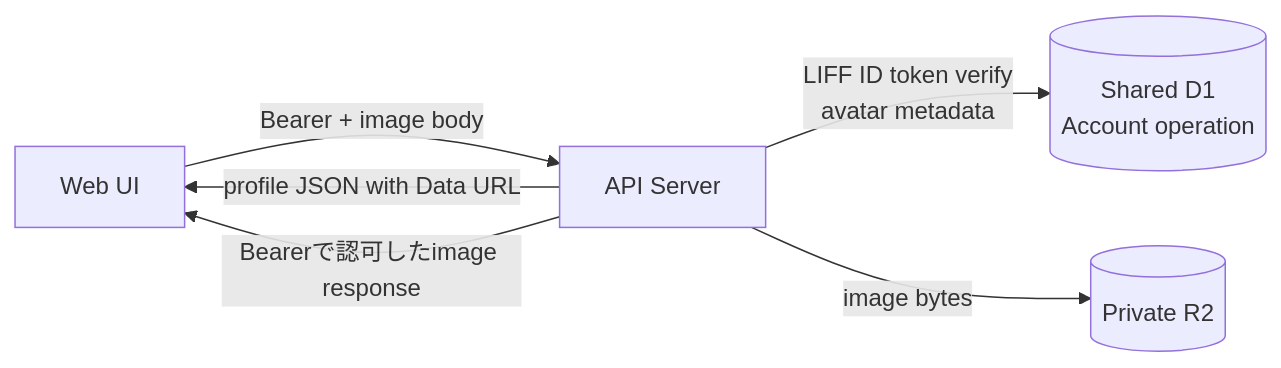
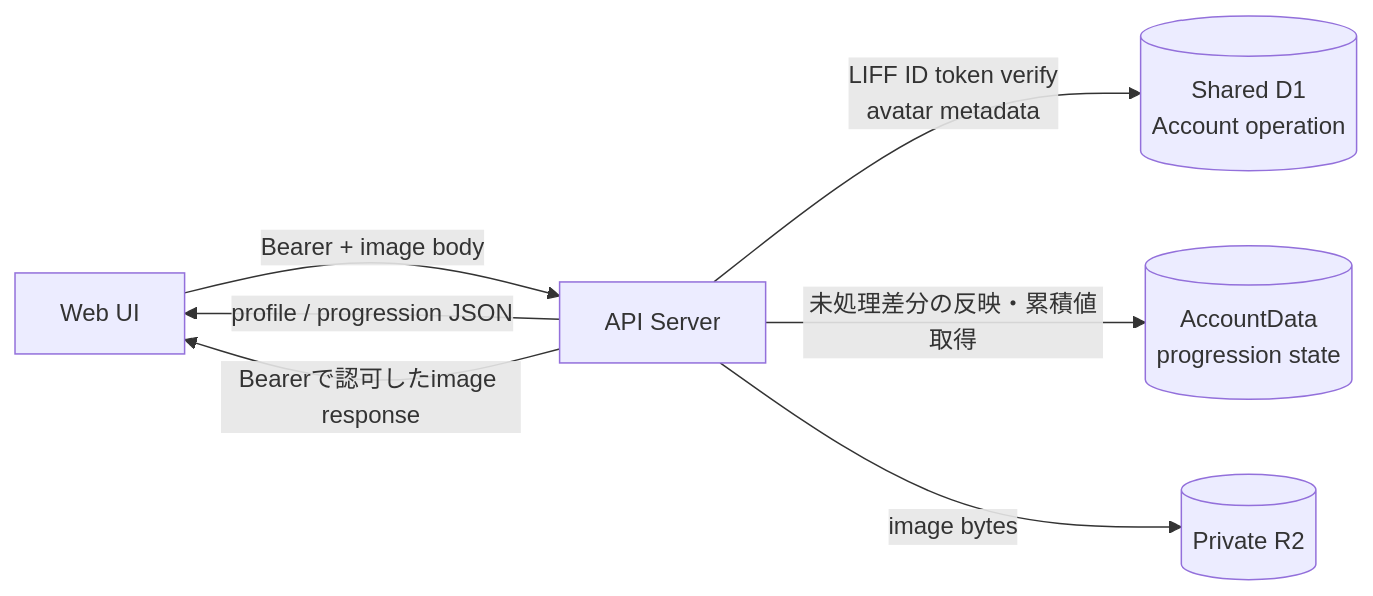
One commit to kkyosuke/me-builder changed the diagram in docs/development/profile-api.md. Above: the diagram before and after it, drawn with Mermaid. The commit also changed other lines of this file and 38 other files, not shown here.

````diff
--- a/docs/development/profile-api.md
+++ b/docs/development/profile-api.md
@@ -90,8 +112,9 @@
 ```mermaid
 flowchart LR
     W[Web UI] -->|Bearer + image body| API[API Server]
     API -->|LIFF ID token verify<br/>avatar metadata| D1[(Shared D1<br/>Account operation)]
+    API -->|未処理差分の反映・累積値取得| AD[(AccountData<br/>progression state)]
     API -->|image bytes| R2[(Private R2)]
-    API -->|profile JSON with Data URL| W
+    API -->|profile / progression JSON| W
     API -->|Bearerで認可したimage response| W
 ```
````
